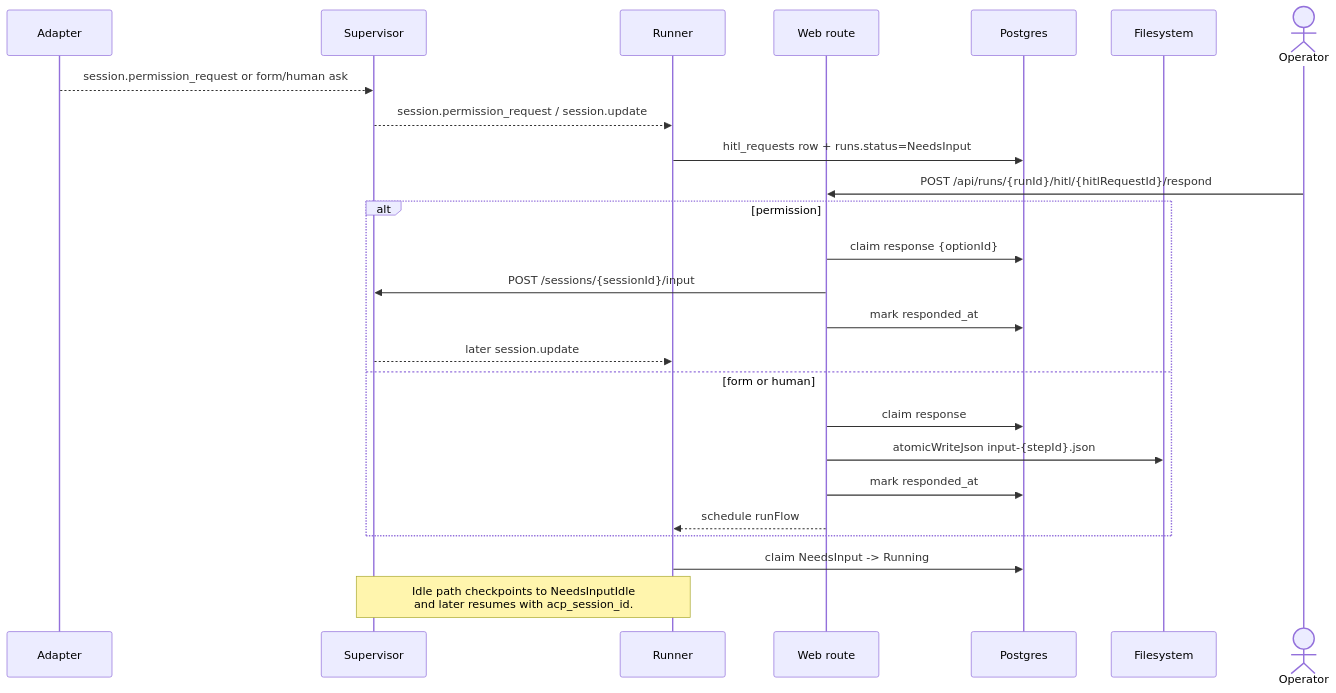
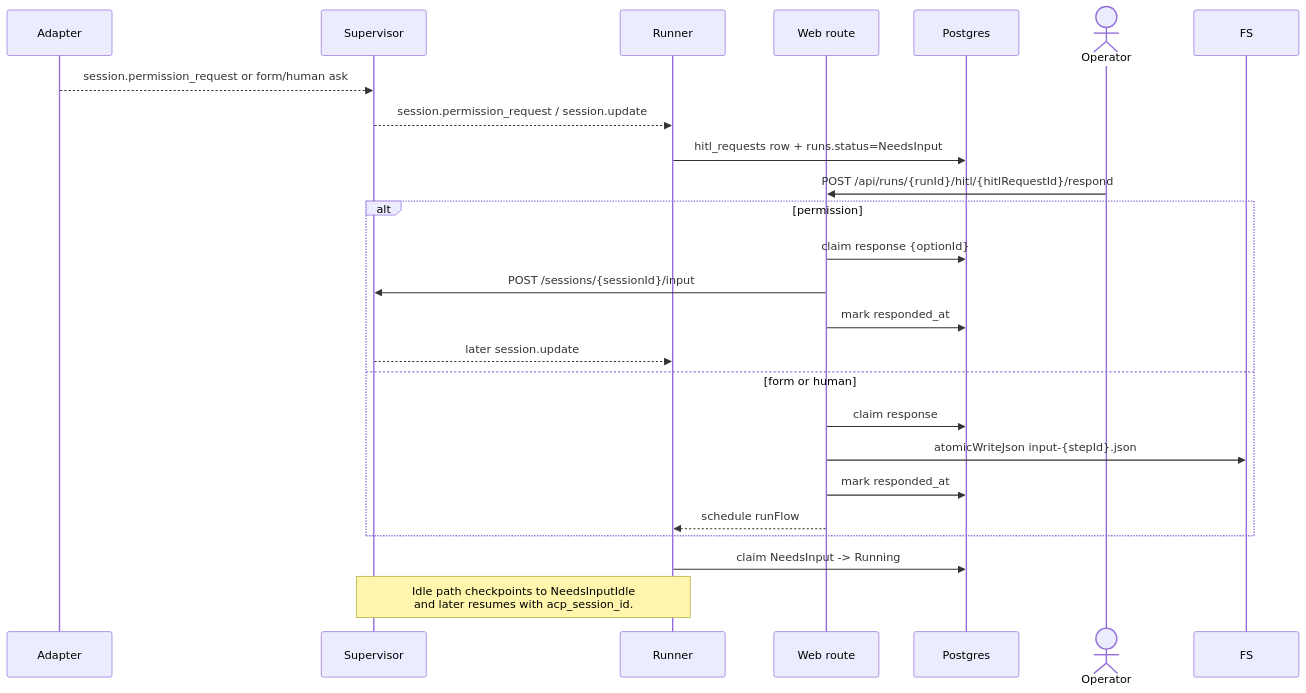
One commit to maister-dev/maister changed the third of 7 diagrams in docs/system-analytics/runs.md. Above: the diagram before and after it, drawn with Mermaid. The commit also changed other lines of this file and 41 other files, not shown here.

````diff
--- a/docs/system-analytics/runs.md
+++ b/docs/system-analytics/runs.md
@@ -860,28 +861,28 @@
 ```mermaid
 sequenceDiagram
     participant A as Adapter
     participant SV as Supervisor
     participant R as Runner
     participant W as Web route
     participant DB as Postgres
-    participant FS as Filesystem
+    participant DB as Postgres
     actor U as Operator
 
     A-->>SV: session.permission_request or form/human ask
     SV-->>R: session.permission_request / session.update
     R->>DB: hitl_requests row + runs.status=NeedsInput
     U->>W: POST /api/runs/{runId}/hitl/{hitlRequestId}/respond
     alt permission
         W->>DB: claim response {optionId}
         W->>SV: POST /sessions/{sessionId}/input
         W->>DB: mark responded_at
         SV-->>R: later session.update
     else form or human
         W->>DB: claim response
         W->>FS: atomicWriteJson input-{stepId}.json
         W->>DB: mark responded_at
         W-->>R: schedule runFlow
     end
     R->>DB: claim NeedsInput -> Running
     Note over R,SV: Idle path checkpoints to NeedsInputIdle<br/>and later resumes with acp_session_id.
 ```
````
